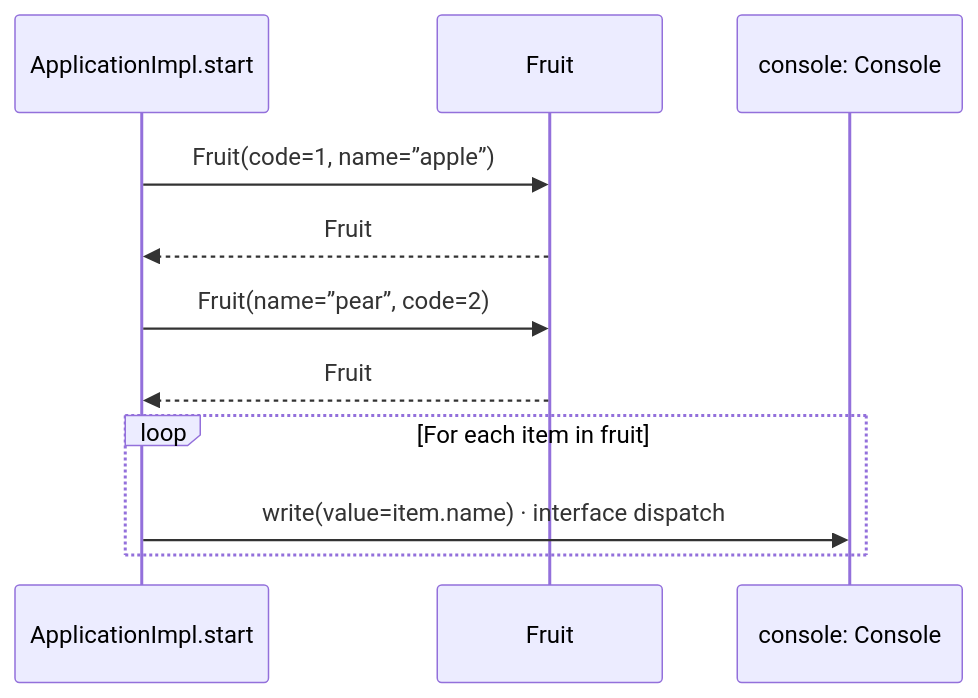
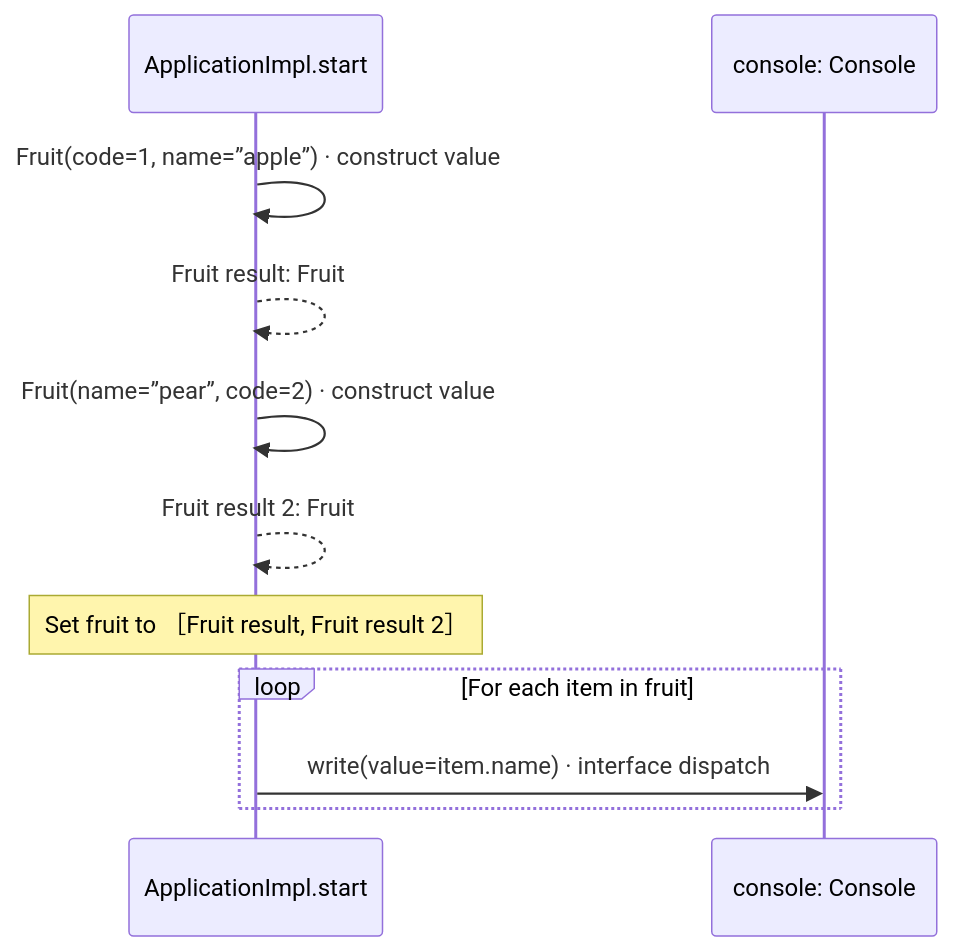
The second of 2 diagrams in docs/examples/approved-design/domain/app-diagrams.md (GreenPandaStudios/augscript), drawn with Mermaid before and after one commit. The commit also changed other lines of this file and 304 other files, not shown here.

Commit message:
Make generated data-flow sequences concise and review every diagram

````diff
--- a/docs/examples/approved-design/domain/app-diagrams.md
+++ b/docs/examples/approved-design/domain/app-diagrams.md
@@ -68,13 +54,13 @@
 ```mermaid
 sequenceDiagram
     participant p0 as ApplicationImpl.start
-    participant p1 as Fruit
-    participant p2 as console: Console
-    p0->>p1: Fruit(code=1, name=”apple”)
-    p1-->>p0: Fruit
-    p0->>p1: Fruit(name=”pear”, code=2)
-    p1-->>p0: Fruit
+    participant p1 as console: Console
+    p0->>p0: Fruit(code=1, name=”apple”) · construct value
+    p0-->>p0: Fruit result: Fruit
+    p0->>p0: Fruit(name=”pear”, code=2) · construct value
+    p0-->>p0: Fruit result 2: Fruit
+    Note over p0: Set fruit to ［Fruit result, Fruit result 2］
     loop For each item in fruit
-    p0->>p2: write(value=item.name) · interface dispatch
+    p0->>p1: write(value=item.name) · interface dispatch
     end
 ```
````
